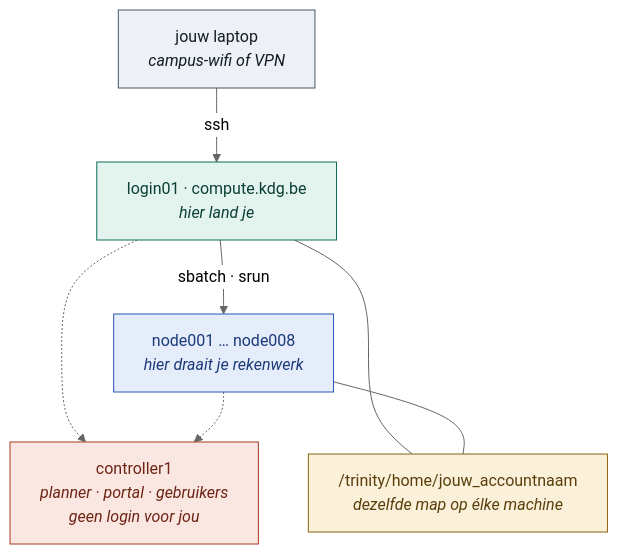
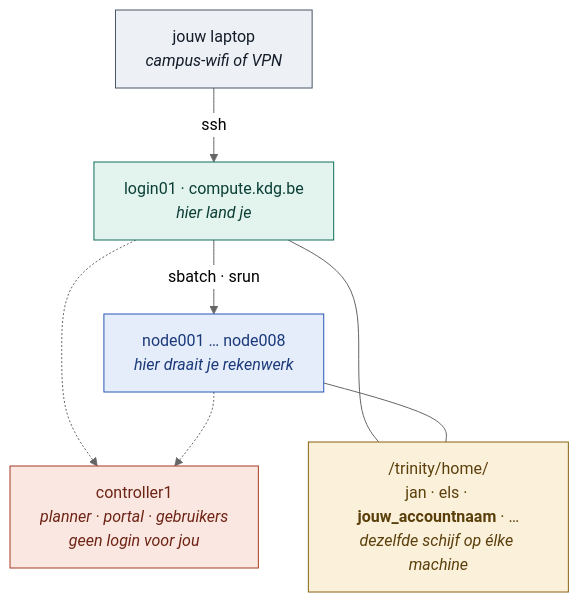
Before and after one commit to KdG-OCDI/HPC-public: the diagram in docs/nl/README.md, drawn with Mermaid (neutral theme). The commit also changed 1 other file, not shown here.

Commit message:
Show the neighbours in the shared-storage box (#24)
One path told readers where their own directory is; three names tell them
it is one disk with everyone's home on it. That is the fact the rest of
the page leans on when it says nothing needs copying.

````diff
--- a/docs/nl/README.md
+++ b/docs/nl/README.md
@@ -10,26 +10,26 @@
 ```mermaid
 flowchart TB
     L["jouw laptop<br/><i>campus-wifi of VPN</i>"]
     G["login01 · compute.kdg.be<br/><i>hier land je</i>"]
     N["node001 … node008<br/><i>hier draait je rekenwerk</i>"]
     C["controller1<br/><i>planner · portal · gebruikers<br/>geen login voor jou</i>"]
-    S["/trinity/home/jouw_accountnaam<br/><i>dezelfde map op élke machine</i>"]
+    S["/trinity/home/<br/>jan · els · <b>jouw_accountnaam</b> · …<br/><i>dezelfde schijf op élke machine</i>"]
 
     L -- ssh --> G
     G -- "sbatch · srun" --> N
     G -.-> C
     N -.-> C
     G --- S
     N --- S
 
     classDef you fill:#EDF0F4,stroke:#4A5769,color:#131C29
     classDef login fill:#E3F3EE,stroke:#0F6E5C,color:#0B3F35
     classDef node fill:#E5ECFA,stroke:#2B57B8,color:#1B3A7A
     classDef ctrl fill:#FAE7E1,stroke:#A63A22,color:#6E2415
     classDef store fill:#FBF0DA,stroke:#8A6212,color:#5A3F0B
     class L you
     class G login
     class N node
     class C ctrl
     class S store
 ```
````
